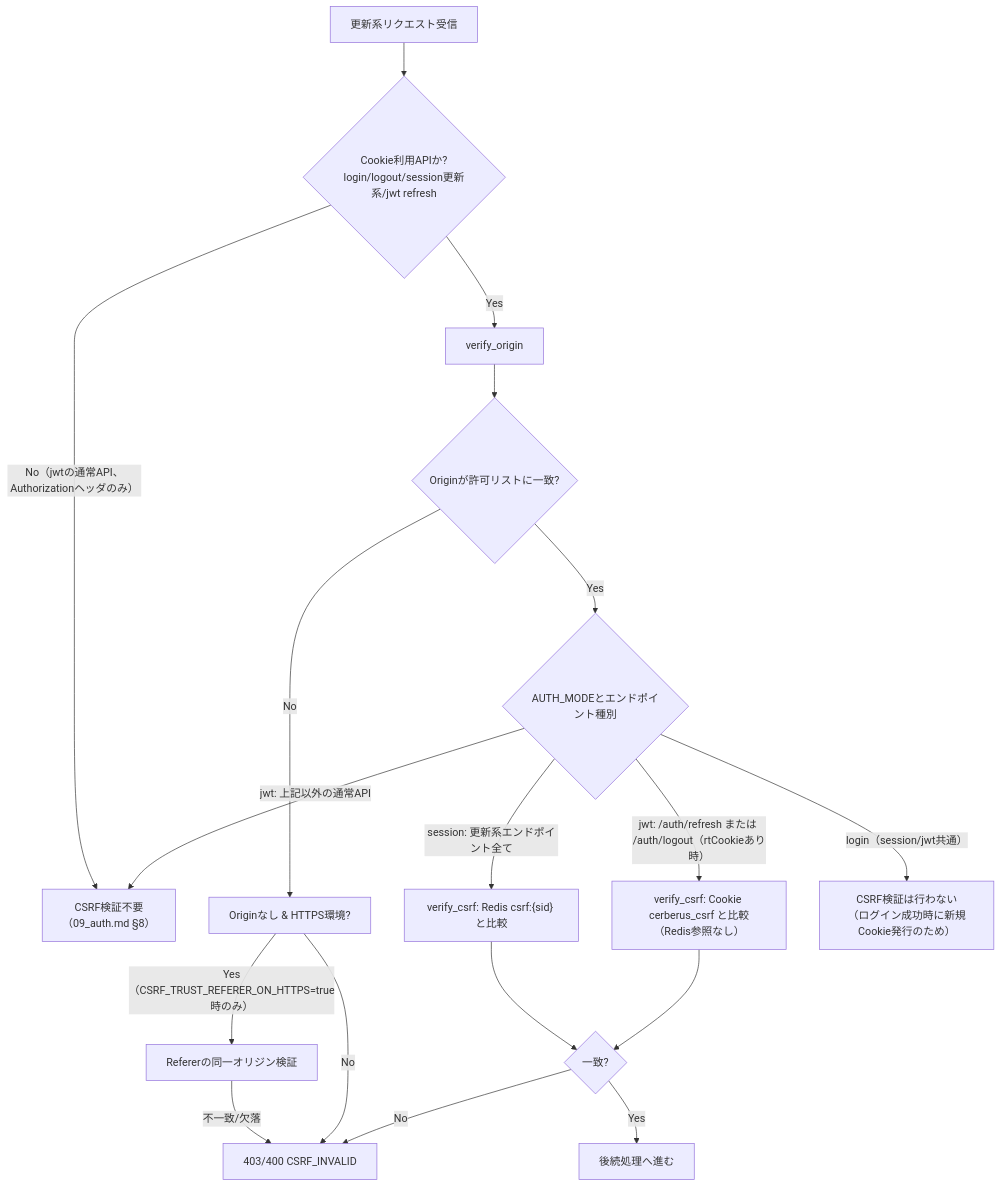
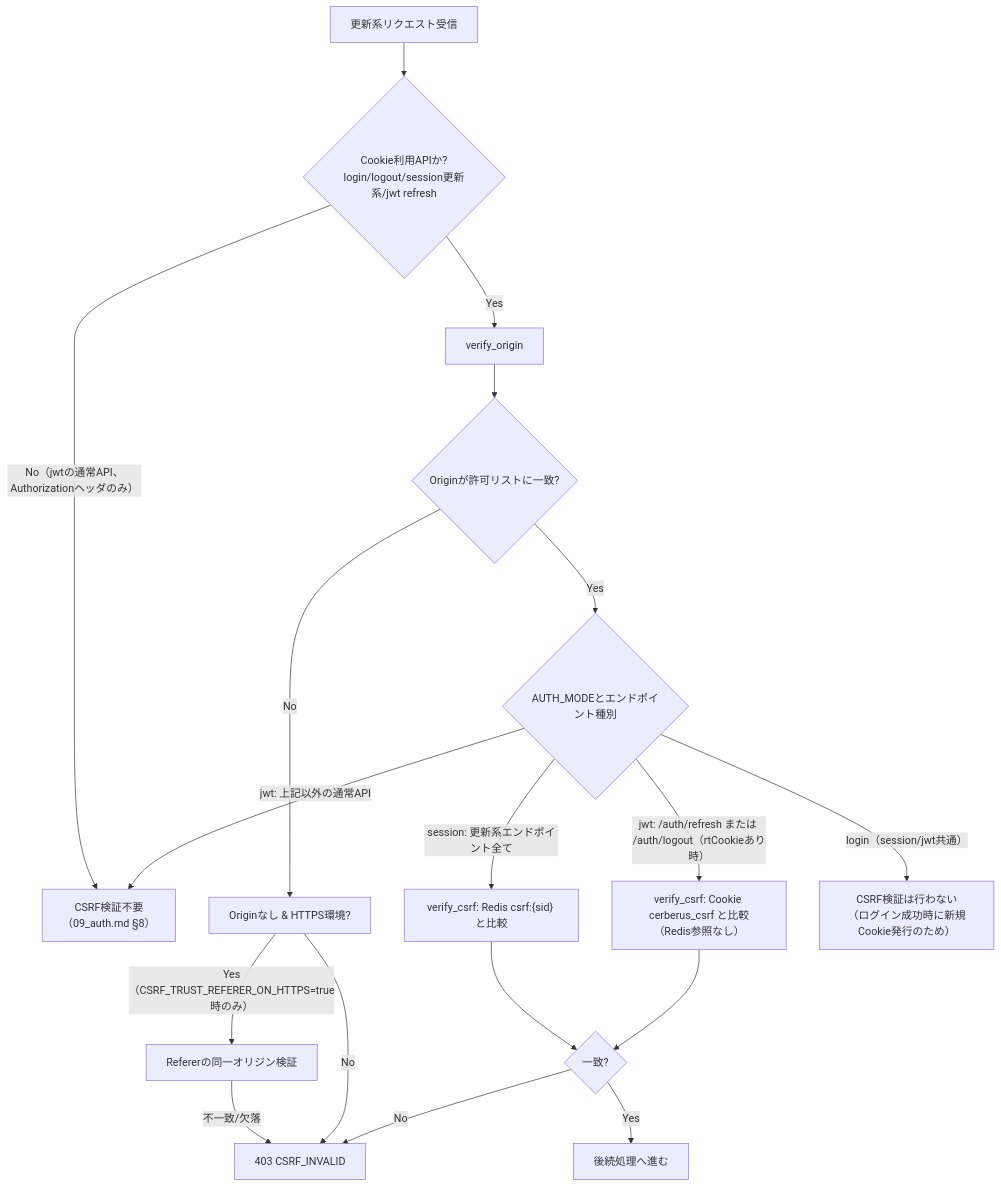
Before and after one commit to oikawa-d/task_management: the third of 5 diagrams in detailed_design/auth/03_csrf.md, drawn with Mermaid. The commit also changed other lines of this file and 6 other files, not shown here.

````diff
--- a/detailed_design/auth/03_csrf.md
+++ b/detailed_design/auth/03_csrf.md
@@ -120,20 +120,20 @@
 ```mermaid
 flowchart TB
     A["更新系リクエスト受信"] --> B{"Cookie利用APIか?<br/>login/logout/session更新系/jwt refresh"}
     B -->|"No（jwtの通常API、Authorizationヘッダのみ）"| SKIP["CSRF検証不要<br/>（09_auth.md §8）"]
     B -->|"Yes"| C["verify_origin"]
     C --> D{"Originが許可リストに一致?"}
     D -->|No| E1["Originなし & HTTPS環境?"]
     E1 -->|"Yes（CSRF_TRUST_REFERER_ON_HTTPS=true時のみ）"| F["Refererの同一オリジン検証"]
-    F -->|不一致/欠落| ERR["403/400 CSRF_INVALID"]
+    F -->|"不一致/欠落"| ERR["403 CSRF_INVALID"]
     E1 -->|"No"| ERR
     D -->|Yes| G{"AUTH_MODEとエンドポイント種別"}
     G -->|"session: 更新系エンドポイント全て"| H["verify_csrf: Redis csrf:{sid} と比較"]
     G -->|"jwt: /auth/refresh または /auth/logout（rtCookieあり時）"| I["verify_csrf: Cookie cerberus_csrf と比較（Redis参照なし）"]
     G -->|"jwt: 上記以外の通常API"| SKIP
     G -->|"login（session/jwt共通）"| J["CSRF検証は行わない<br/>（ログイン成功時に新規Cookie発行のため）"]
     H --> K{"一致?"}
     I --> K
     K -->|No| ERR
     K -->|Yes| PASS["後続処理へ進む"]
 ```
````
